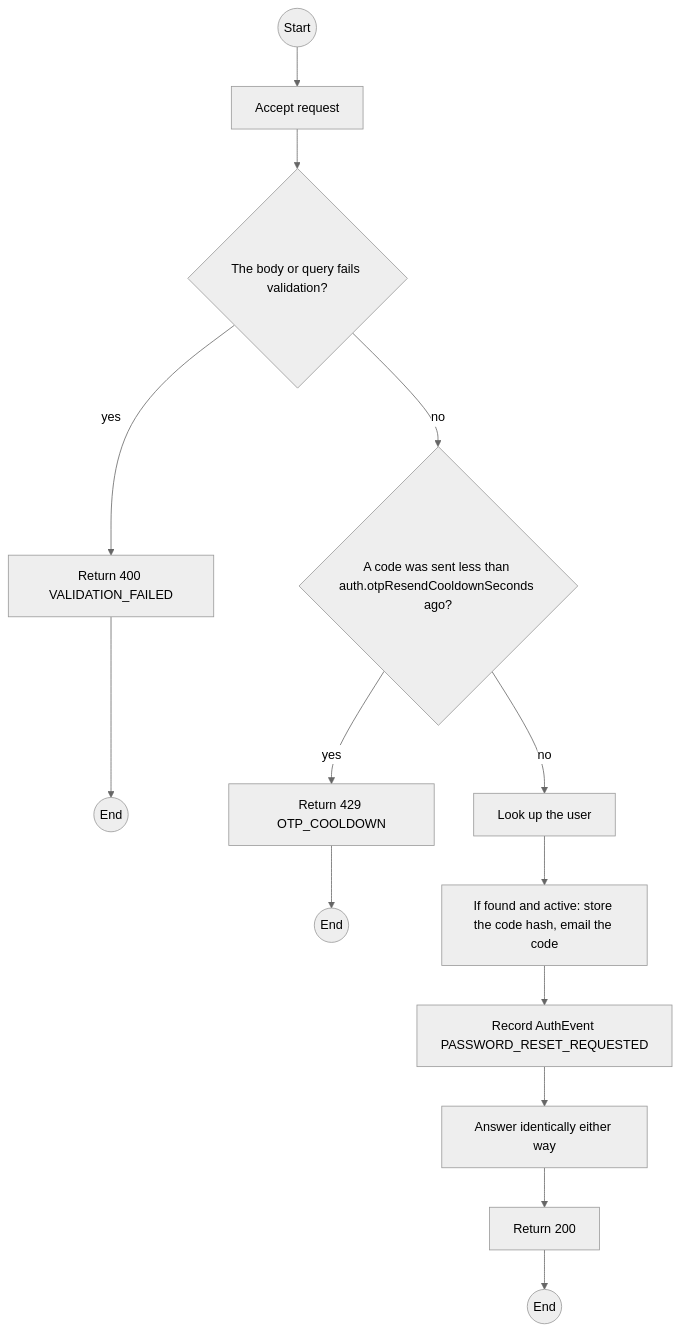
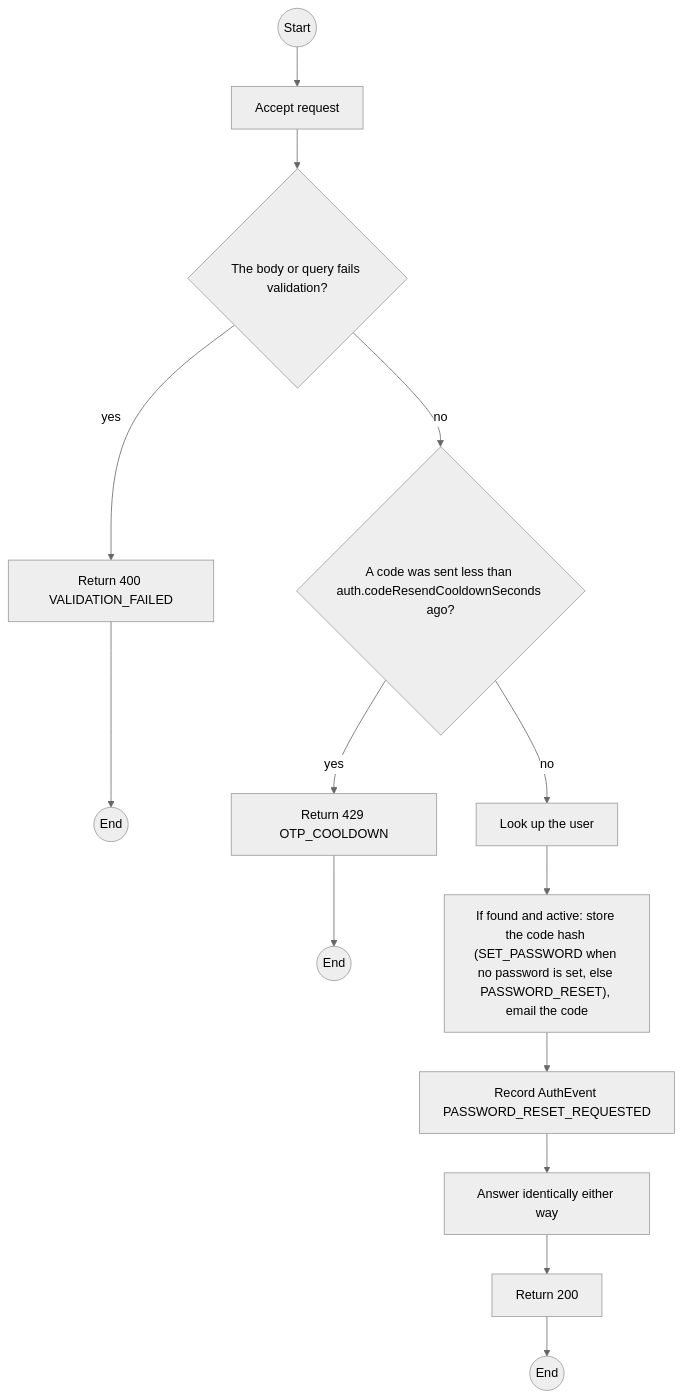
Before and after one commit to TrekLink-Team/treklink-web: the first of 2 diagrams in specs/auth/api-design/05-post-auth-password-forgot.md, drawn with Mermaid (neutral theme). The commit also changed other lines of this file and 18 other files, not shown here.

````diff
--- a/specs/auth/api-design/05-post-auth-password-forgot.md
+++ b/specs/auth/api-design/05-post-auth-password-forgot.md
@@ -89,27 +89,27 @@
 ```mermaid
 flowchart TB
     S((Start))
     A0["Accept request"]
     S --> A0
     D1{"The body or query fails validation?"}
     A0 --> D1
     E1["Return 400 VALIDATION_FAILED"]
     D1 -->|yes| E1
     E1 --> X1((End))
-    D2{"A code was sent less than auth.otpResendCooldownSeconds ago?"}
+    D2{"A code was sent less than auth.codeResendCooldownSeconds ago?"}
     D1 -->|no| D2
     E2["Return 429 OTP_COOLDOWN"]
     D2 -->|yes| E2
     E2 --> X2((End))
     P0["Look up the user"]
     D2 -->|no| P0
-    P1["If found and active: store the code hash, email the code"]
+    P1["If found and active: store the code hash (SET_PASSWORD when no password is set, else PASSWORD_RESET), email the code"]
     P0 --> P1
     P2["Record AuthEvent PASSWORD_RESET_REQUESTED"]
     P1 --> P2
     P3["Answer identically either way"]
     P2 --> P3
     OK["Return 200"]
     P3 --> OK
     OK --> Z((End))
 ```
````
